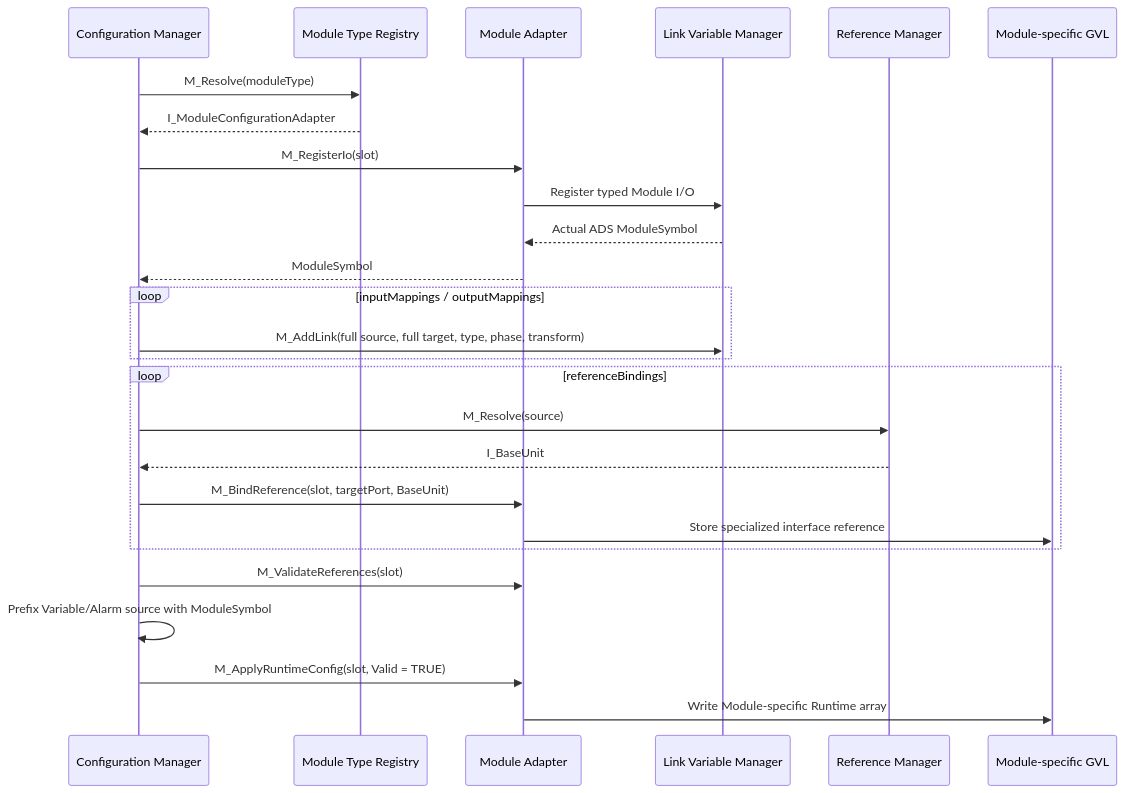
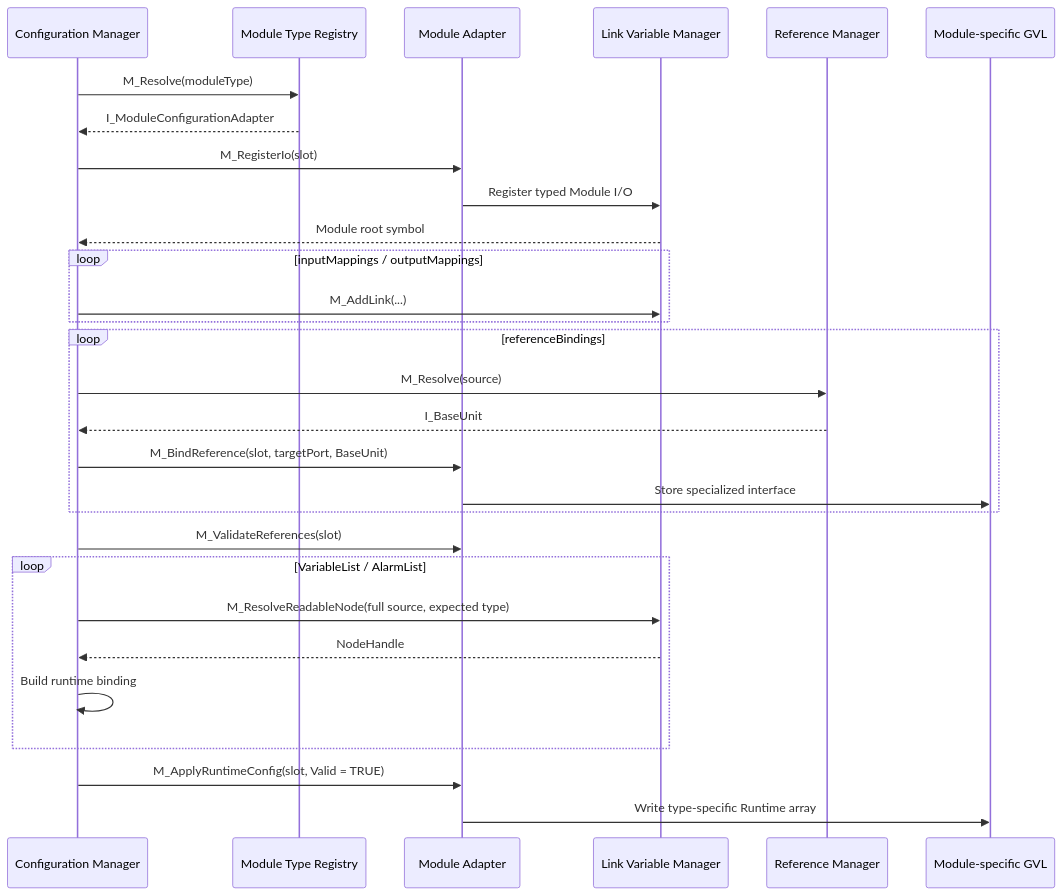
One commit to henry6107/semi_robust_solution_framework_demo changed the second of 2 diagrams in robust_solution_simple_module/docs/Module-Configuration-Flow-and-Extension-Guide.md. Above: the diagram before and after it, drawn with Mermaid. The commit also changed other lines of this file and 19 other files, not shown here.

````diff
--- a/robust_solution_simple_module/docs/Module-Configuration-Flow-and-Extension-Guide.md
+++ b/robust_solution_simple_module/docs/Module-Configuration-Flow-and-Extension-Guide.md
@@ -138,29 +137,32 @@
 ```mermaid
 sequenceDiagram
     participant CM as Configuration Manager
     participant REG as Module Type Registry
     participant AD as Module Adapter
     participant LVM as Link Variable Manager
     participant RM as Reference Manager
     participant GVL as Module-specific GVL
 
     CM->>REG: M_Resolve(moduleType)
     REG-->>CM: I_ModuleConfigurationAdapter
     CM->>AD: M_RegisterIo(slot)
     AD->>LVM: Register typed Module I/O
-    LVM-->>AD: Actual ADS ModuleSymbol
-    AD-->>CM: ModuleSymbol
+    LVM-->>CM: Module root symbol
     loop inputMappings / outputMappings
-        CM->>LVM: M_AddLink(full source, full target, type, phase, transform)
+        CM->>LVM: M_AddLink(...)
     end
     loop referenceBindings
         CM->>RM: M_Resolve(source)
         RM-->>CM: I_BaseUnit
         CM->>AD: M_BindReference(slot, targetPort, BaseUnit)
-        AD->>GVL: Store specialized interface reference
+        AD->>GVL: Store specialized interface
     end
     CM->>AD: M_ValidateReferences(slot)
-    CM->>CM: Prefix Variable/Alarm source with ModuleSymbol
+    loop VariableList / AlarmList
+        CM->>LVM: M_ResolveReadableNode(full source, expected type)
+        LVM-->>CM: NodeHandle
+        CM->>CM: Build runtime binding
+    end
     CM->>AD: M_ApplyRuntimeConfig(slot, Valid = TRUE)
-    AD->>GVL: Write Module-specific Runtime array
+    AD->>GVL: Write type-specific Runtime array
 ```
````
